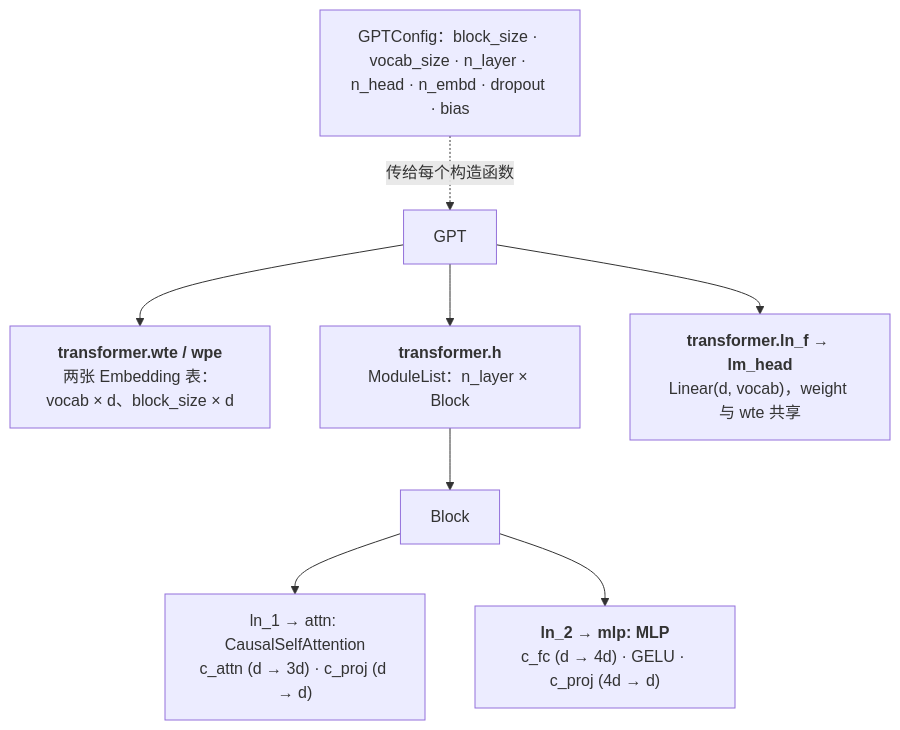
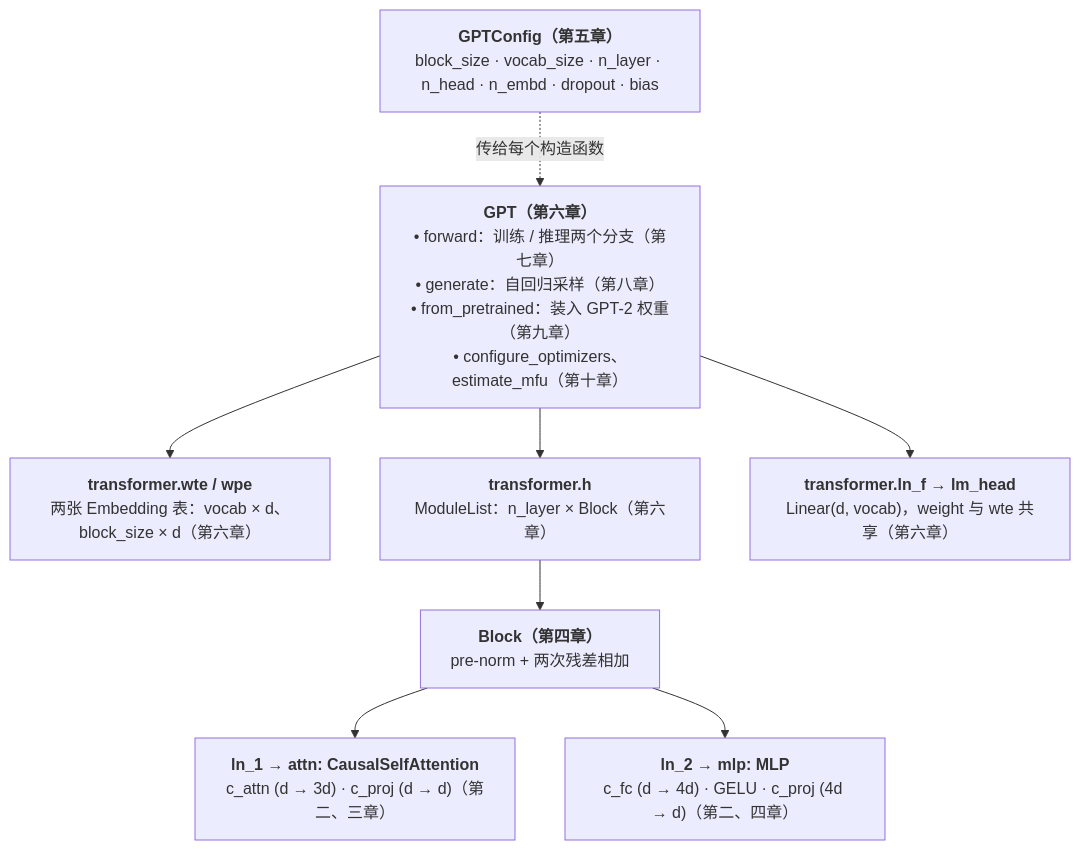
The diagram in _posts/2026-03-31-nanogpt-model-py-line-by-line.md (arganzheng/arganzheng.github.com), drawn with Mermaid before and after one commit. The commit also changed other lines of this file and 6 other files, not shown here.

First line of the commit message:
Transformer 原理与实现：总览图提到各篇开头并补逐节点要点，补对象 / 产物的产生与存放表，指引改为标题链接

````diff
--- a/_posts/2026-03-31-nanogpt-model-py-line-by-line.md
+++ b/_posts/2026-03-31-nanogpt-model-py-line-by-line.md
@@ -41,12 +32,13 @@
 ```mermaid
-%% 图：nanoGPT model.py 六个类的组合关系：GPT 持有 wte / wpe 两张 embedding 表、n_layer 个 Block 与 ln_f、lm_head；每个 Block 持有两个 LayerNorm、一个 CausalSelfAttention、一个 MLP；GPTConfig 是所有类共享的超参数
+%%{init: {"flowchart": {"wrappingWidth": 260}}}%%
+%% 图：nanoGPT model.py 六个类的组合关系与 GPT 的方法
 flowchart TB
-    CFG["GPTConfig：block_size · vocab_size · n_layer · n_head · n_embd · dropout · bias"]
-    CFG -. 传给每个构造函数 .-> G["GPT"]
-    G --> EMB["<b>transformer.wte / wpe</b><br/>两张 Embedding 表：vocab × d、block_size × d"]
-    G --> H["<b>transformer.h</b><br/>ModuleList：n_layer × Block"]
-    G --> TAIL["<b>transformer.ln_f → lm_head</b><br/>Linear(d, vocab)，weight 与 wte 共享"]
-    H --> B["Block"]
-    B --> A1["ln_1 → attn: CausalSelfAttention<br/>c_attn (d → 3d) · c_proj (d → d)"]
-    B --> A2["<b>ln_2 → mlp: MLP</b><br/>c_fc (d → 4d) · GELU · c_proj (4d → d)"]
+    CFG["<b>GPTConfig（第五章）</b><br/>block_size · vocab_size · n_layer · n_head · n_embd · dropout · bias"]
+    CFG -. "传给每个构造函数" .-> G["<b>GPT（第六章）</b><br/>• forward：训练 / 推理两个分支（第七章）<br/>• generate：自回归采样（第八章）<br/>• from_pretrained：装入 GPT-2 权重（第九章）<br/>• configure_optimizers、estimate_mfu（第十章）"]
+    G --> EMB["<b>transformer.wte / wpe</b><br/>两张 Embedding 表：vocab × d、block_size × d（第六章）"]
+    G --> H["<b>transformer.h</b><br/>ModuleList：n_layer × Block（第六章）"]
+    G --> TAIL["<b>transformer.ln_f → lm_head</b><br/>Linear(d, vocab)，weight 与 wte 共享（第六章）"]
+    H --> B["<b>Block（第四章）</b><br/>pre-norm + 两次残差相加"]
+    B --> A1["<b>ln_1 → attn: CausalSelfAttention</b><br/>c_attn (d → 3d) · c_proj (d → d)（第二、三章）"]
+    B --> A2["<b>ln_2 → mlp: MLP</b><br/>c_fc (d → 4d) · GELU · c_proj (4d → d)（第二、四章）"]
 ```
````
